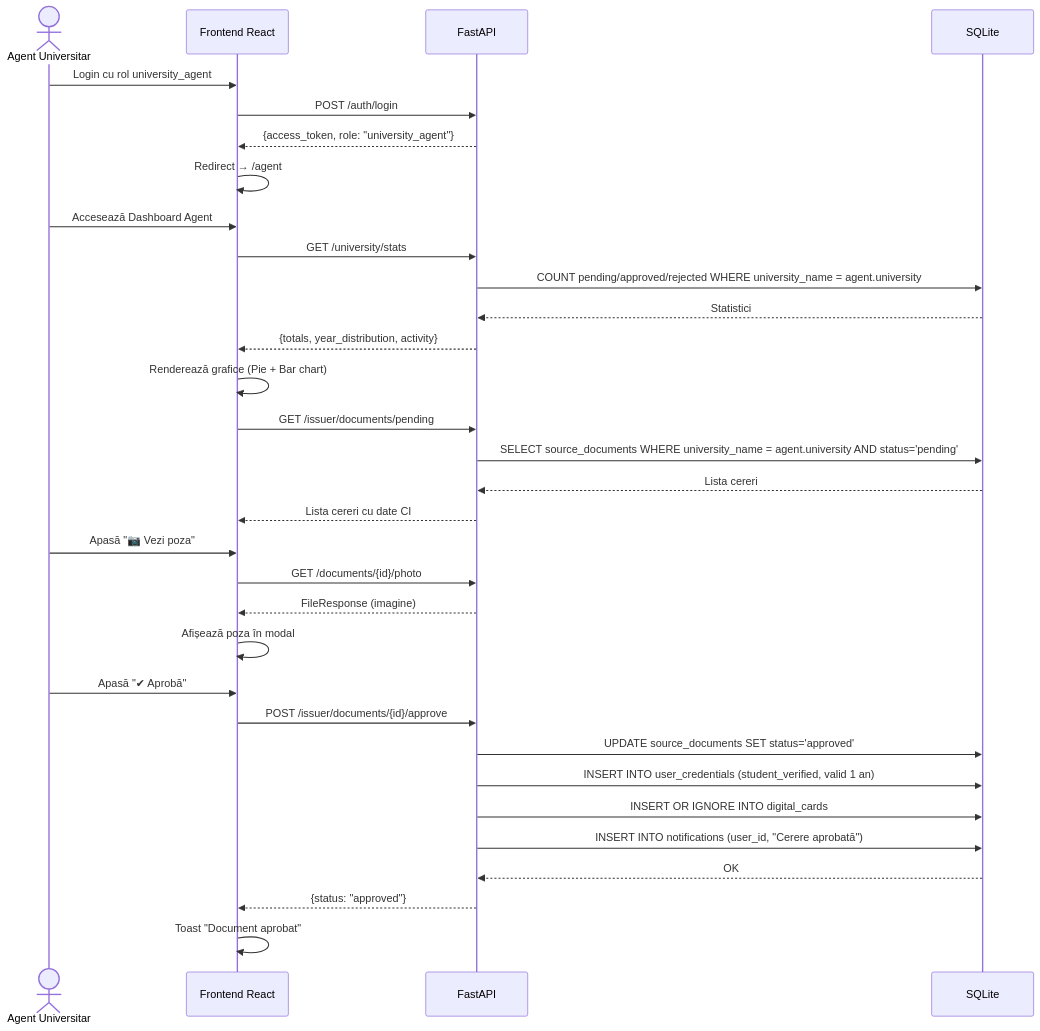
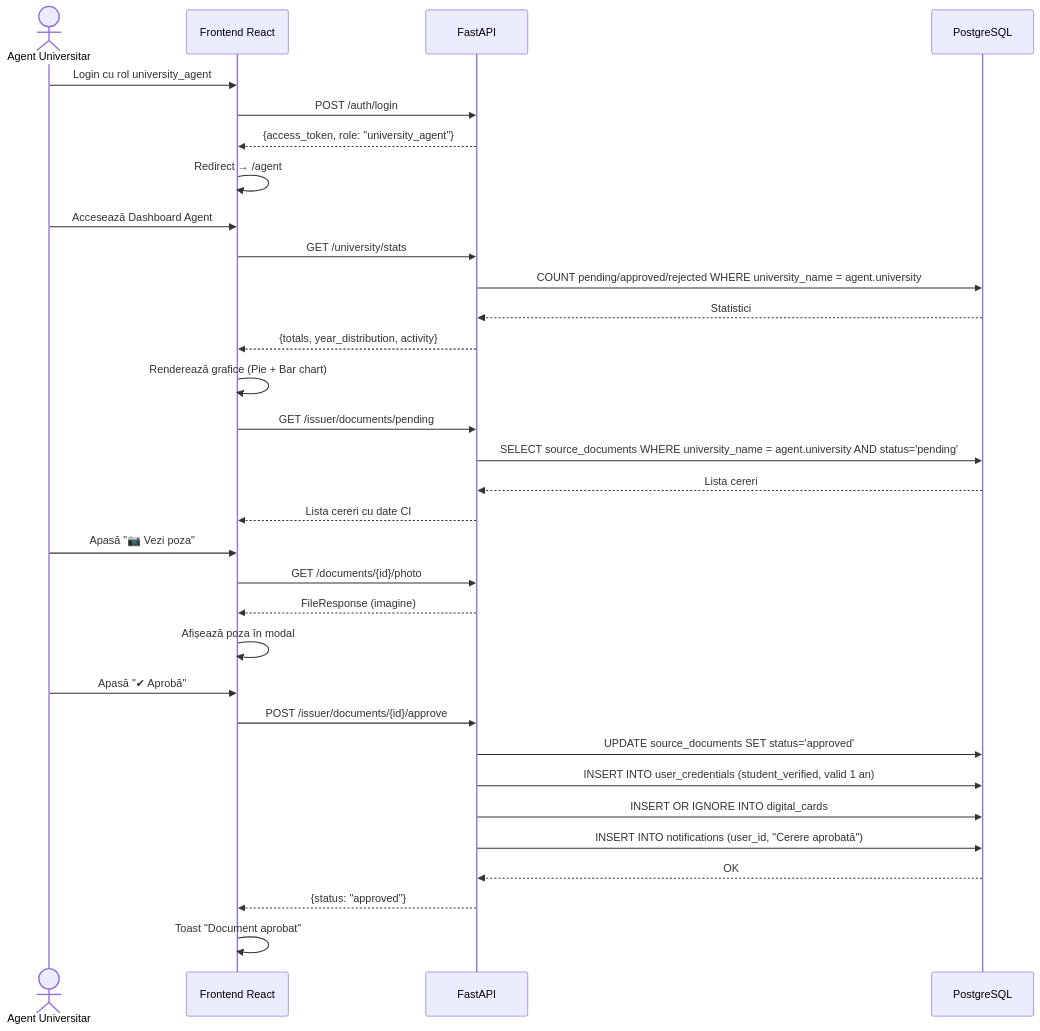
Before and after one commit to anaobreja/LICENTA: the third of 5 diagrams in docs/sequence.md, drawn with Mermaid. The commit also changed other lines of this file and 4 other files, not shown here.

First line of the commit message:
refactor: migrate to PostgreSQL-only, remove all SQLite references

````diff
--- a/docs/sequence.md
+++ b/docs/sequence.md
@@ -78,39 +78,39 @@
 ```mermaid
 sequenceDiagram
     actor AU as Agent Universitar
     participant FE as Frontend React
     participant API as FastAPI
-    participant DB as SQLite
+    participant DB as PostgreSQL
 
     AU->>FE: Login cu rol university_agent
     FE->>API: POST /auth/login
     API-->>FE: {access_token, role: "university_agent"}
     FE->>FE: Redirect → /agent
 
     AU->>FE: Accesează Dashboard Agent
     FE->>API: GET /university/stats
     API->>DB: COUNT pending/approved/rejected WHERE university_name = agent.university
     DB-->>API: Statistici
     API-->>FE: {totals, year_distribution, activity}
     FE->>FE: Renderează grafice (Pie + Bar chart)
 
     FE->>API: GET /issuer/documents/pending
     API->>DB: SELECT source_documents WHERE university_name = agent.university AND status='pending'
     DB-->>API: Lista cereri
     API-->>FE: Lista cereri cu date CI
 
     AU->>FE: Apasă "📷 Vezi poza"
     FE->>API: GET /documents/{id}/photo
     API-->>FE: FileResponse (imagine)
     FE->>FE: Afișează poza în modal
 
     AU->>FE: Apasă "✔ Aprobă"
     FE->>API: POST /issuer/documents/{id}/approve
     API->>DB: UPDATE source_documents SET status='approved'
     API->>DB: INSERT INTO user_credentials (student_verified, valid 1 an)
     API->>DB: INSERT OR IGNORE INTO digital_cards
     API->>DB: INSERT INTO notifications (user_id, "Cerere aprobată")
     DB-->>API: OK
     API-->>FE: {status: "approved"}
     FE->>FE: Toast "Document aprobat"
 ```
````
